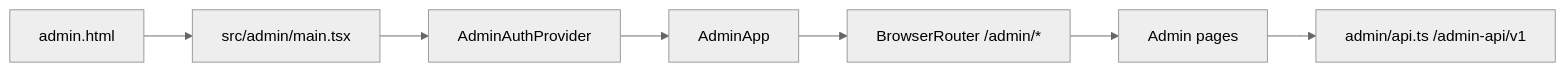
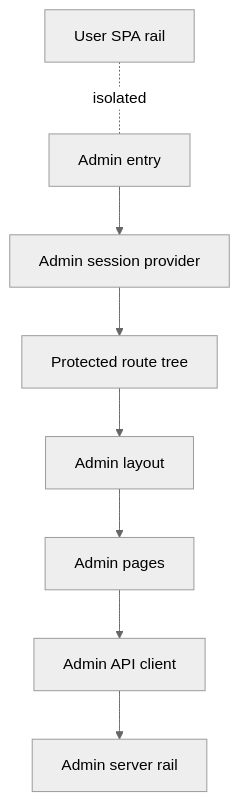
One commit to codetreker/borgee changed the diagram in docs/current/admin/README.md. Above: the diagram before and after it, drawn with Mermaid (neutral theme). The commit also changed other lines of this file and 7 other files, not shown here.

Commit message:
docs: refine client architecture narrative

````diff
--- a/docs/current/admin/README.md
+++ b/docs/current/admin/README.md
@@ -7,9 +7,15 @@
 ```mermaid
-flowchart LR
-  adminHtml[admin.html] --> adminMain[src/admin/main.tsx]
-  adminMain --> Auth[AdminAuthProvider]
-  Auth --> App[AdminApp]
-  App --> Router[BrowserRouter /admin/*]
-  Router --> Pages[Admin pages]
-  Pages --> API[admin/api.ts /admin-api/v1]
+flowchart TB
+  Entry[Admin entry]
+  Session[Admin session provider]
+  Router[Protected route tree]
+  Layout[Admin layout]
+  Pages[Admin pages]
+  API[Admin API client]
+  Server[Admin server rail]
+  User[User SPA rail]
+
+  Entry --> Session --> Router --> Layout --> Pages
+  Pages --> API --> Server
+  User -. isolated .- Entry
 ```
````
